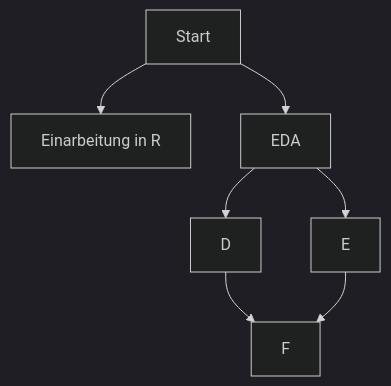
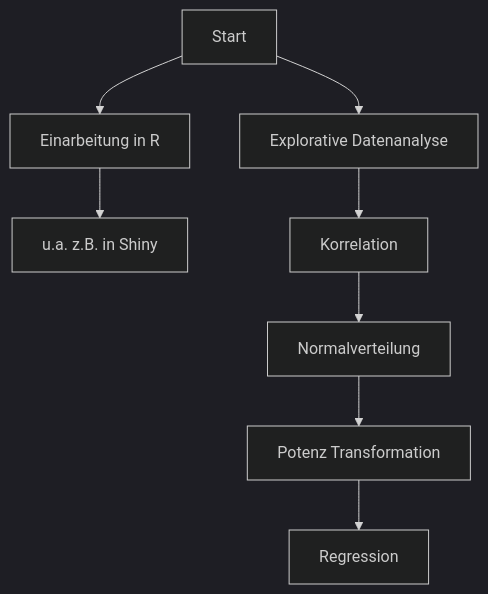
Before and after one commit to dmpe/SemesterProject: the diagram in R/fazit.mmd, drawn with Mermaid (dark theme). The commit also changed 1 other file, not shown here.

```diff
--- a/R/fazit.mmd
+++ b/R/fazit.mmd
@@ -1,7 +1,8 @@
 graph TD
-  A[Start]-->B[Einarbeitung in R]
-  A[Start]-->C[EDA]
-  C-->E
-  C-->D
-  D-->F
-  E-->F
+  A-->B[Einarbeitung in R]
+  B-->H[u.a.  z.B. in Shiny]
+  A[Start]-->C[Explorative Datenanalyse]
+  C-->D[Korrelation]
+  D-->E[Normalverteilung]
+  E-->F[Potenz Transformation]
+  F-->G[Regression]
```
